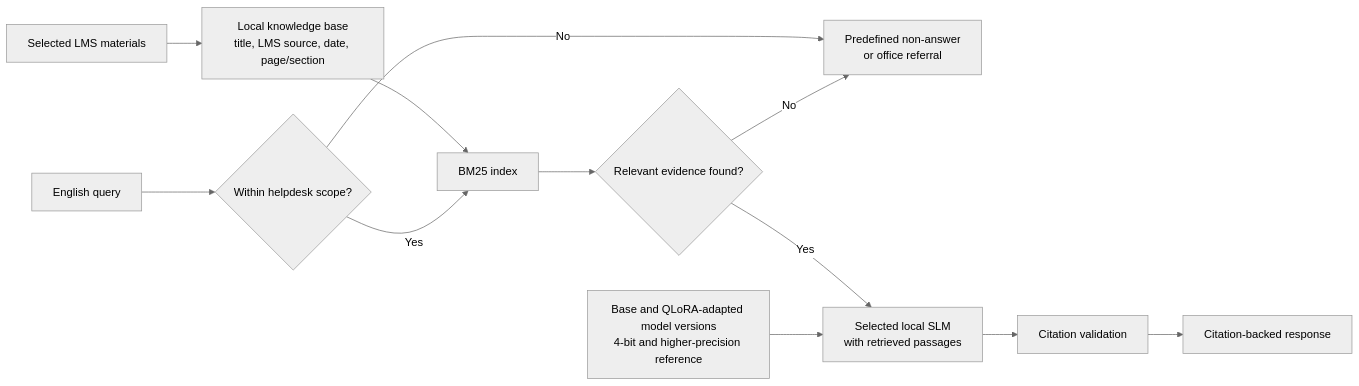
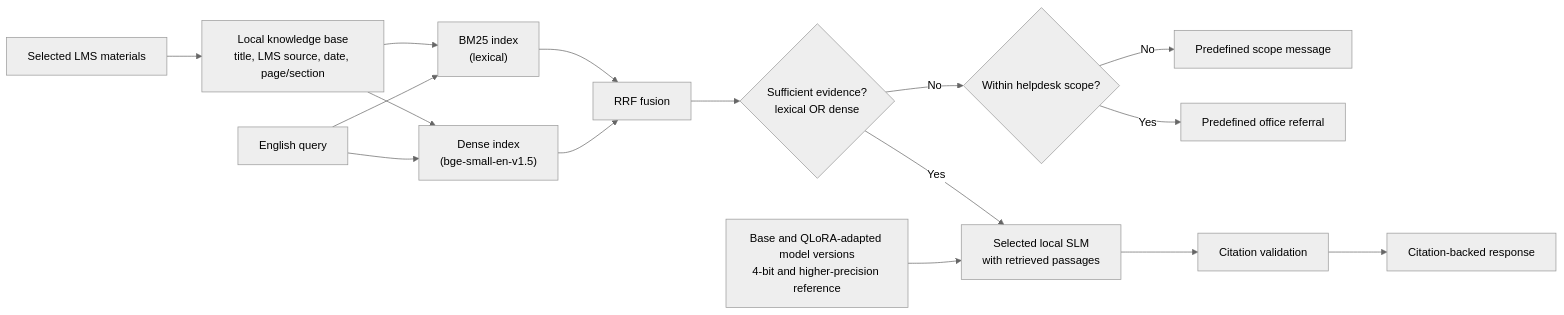
Before and after one commit to Dev1ze32/SLM_OPTIMIZATION: the diagram in ArchitectureAndDesign.md, drawn with Mermaid (neutral theme). The commit also changed other lines of this file and 15 other files, not shown here.

````diff
--- a/ArchitectureAndDesign.md
+++ b/ArchitectureAndDesign.md
@@ -17,14 +17,18 @@
 ```mermaid
 flowchart LR
   A["Selected LMS materials"] --> B["Local knowledge base<br/>title, LMS source, date, page/section"]
-  B --> C["BM25 index"]
-  Q["English query"] --> S{"Within helpdesk scope?"}
-  S -->|"No"| N["Predefined non-answer<br/>or office referral"]
-  S -->|"Yes"| C
-  C --> E{"Relevant evidence found?"}
-  E -->|"No"| N
+  B --> C["BM25 index<br/>(lexical)"]
+  B --> D["Dense index<br/>(bge-small-en-v1.5)"]
+  Q["English query"] --> C
+  Q --> D
+  C --> R["RRF fusion"]
+  D --> R
+  R --> E{"Sufficient evidence?<br/>lexical OR dense"}
   E -->|"Yes"| G["Selected local SLM<br/>with retrieved passages"]
+  E -->|"No"| S{"Within helpdesk scope?"}
+  S -->|"No"| N["Predefined scope message"]
+  S -->|"Yes"| F["Predefined office referral"]
   G --> V["Citation validation"]
   V --> O["Citation-backed response"]
   M["Base and QLoRA-adapted model versions<br/>4-bit and higher-precision reference"] --> G
 ```
````
